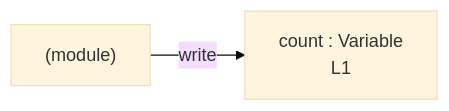
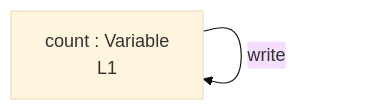
The diagram in integration/fixtures/minimal-let/preview.md (crescware/unsnarl), drawn with Mermaid (base theme) before and after one commit. The commit also changed 38 other files, not shown here.

First line of the commit message:
feat: route Mermaid edges through the initialized variable (owner)

````diff
--- a/integration/fixtures/minimal-let/preview.md
+++ b/integration/fixtures/minimal-let/preview.md
@@ -12,6 +12,5 @@
 ```mermaid
 flowchart LR
   n_scope_0_count_4["count : Variable\nL1"]
-  module_root -->|write| n_scope_0_count_4
-  module_root["(module)"]
+  n_scope_0_count_4 -->|write| n_scope_0_count_4
 ```
````
